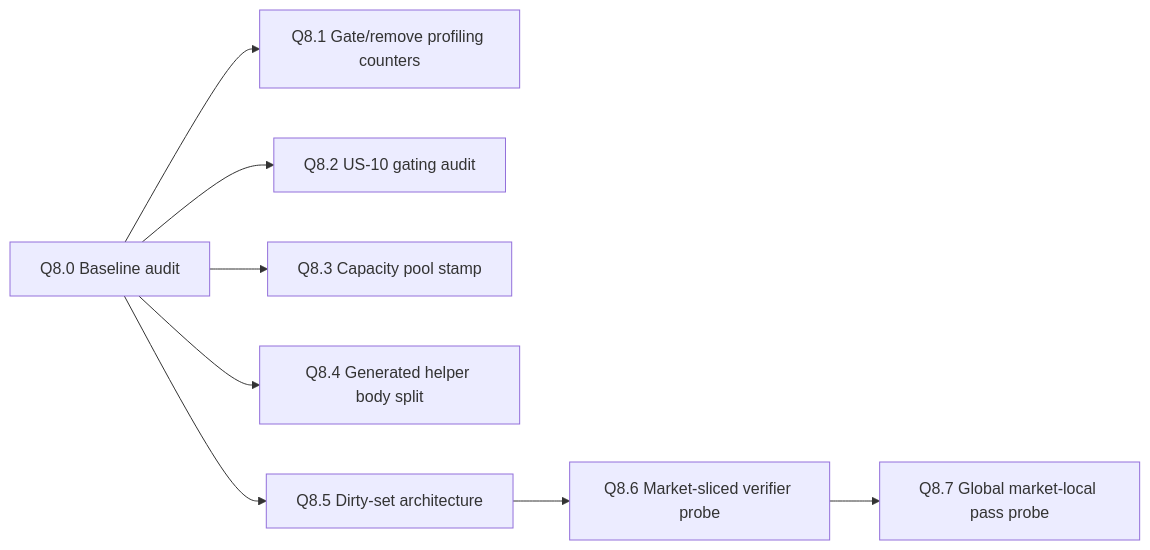
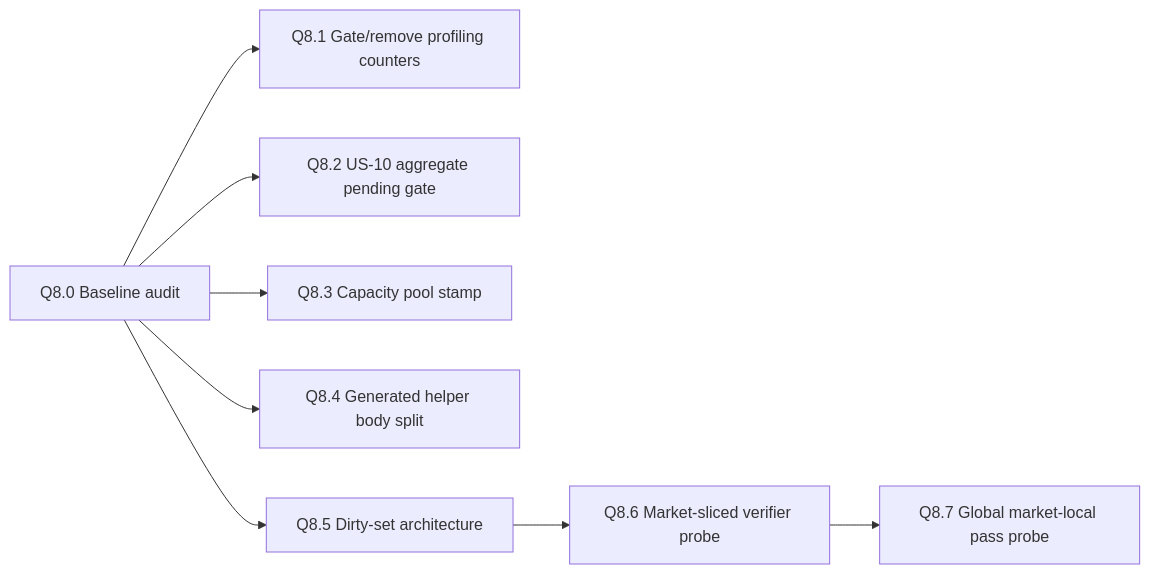
One commit to eu5mod/eu5-no-void-economy changed the diagram in docs/audits/q8/Q8_IMPLEMENTATION_BACKLOG.md. Above: the diagram before and after it, drawn with Mermaid. The commit also changed other lines of this file, not shown here.

````diff
--- a/docs/audits/q8/Q8_IMPLEMENTATION_BACKLOG.md
+++ b/docs/audits/q8/Q8_IMPLEMENTATION_BACKLOG.md
@@ -7,10 +7,10 @@
 ```mermaid
 flowchart LR
     A[Q8.0 Baseline audit] --> B[Q8.1 Gate/remove profiling counters]
-    A --> C[Q8.2 US-10 gating audit]
+    A --> C[Q8.2 US-10 aggregate pending gate]
     A --> D[Q8.3 Capacity pool stamp]
     A --> E[Q8.4 Generated helper body split]
     A --> F[Q8.5 Dirty-set architecture]
     F --> G[Q8.6 Market-sliced verifier probe]
     G --> H[Q8.7 Global market-local pass probe]
 ```
````
